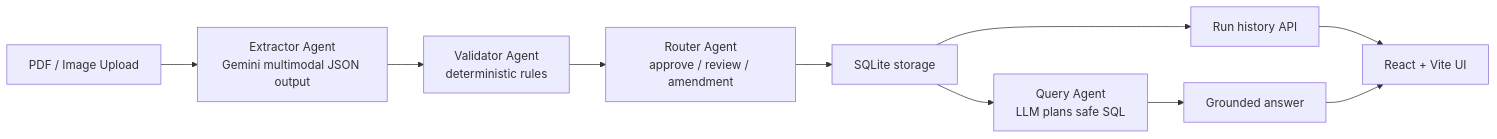
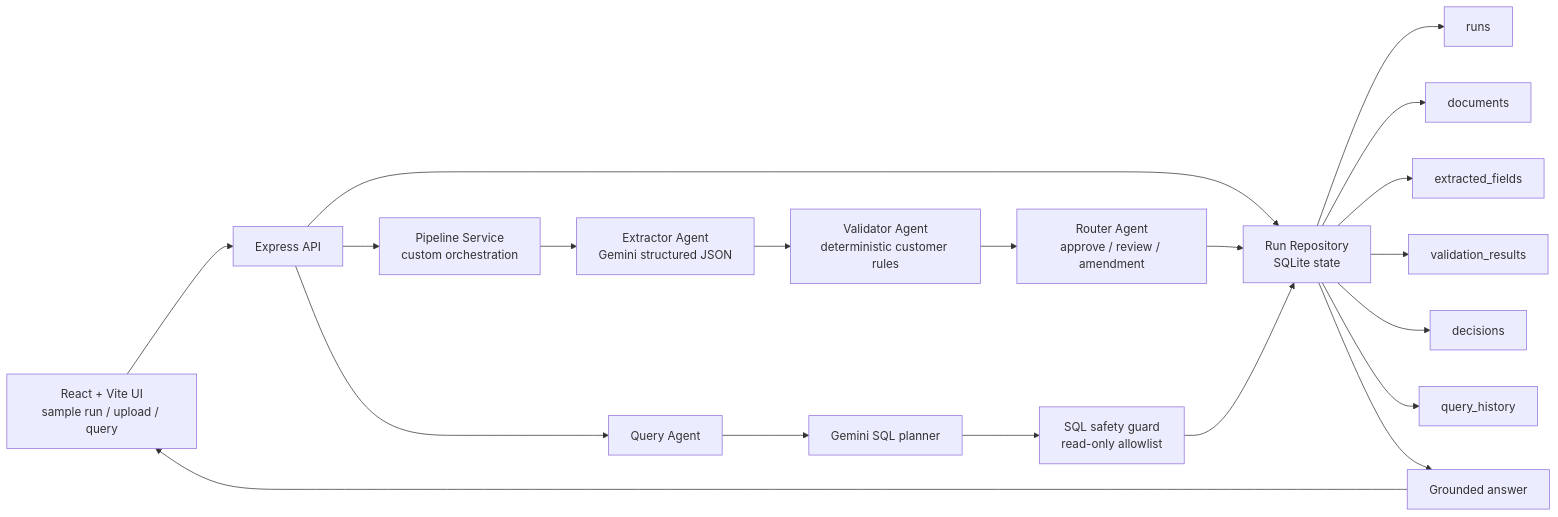
The diagram in docs/TECHNICAL_WRITEUP.md (Shriyash1234/document-workflow-agent), drawn with Mermaid before and after one commit. The commit also changed other lines of this file and 11 other files, not shown here.

````diff
--- a/docs/TECHNICAL_WRITEUP.md
+++ b/docs/TECHNICAL_WRITEUP.md
@@ -9,12 +7,25 @@
 ```mermaid
 flowchart LR
-    A["PDF / Image Upload"] --> B["Extractor Agent<br/>Gemini multimodal JSON output"]
-    B --> C["Validator Agent<br/>deterministic rules"]
-    C --> D["Router Agent<br/>approve / review / amendment"]
-    D --> E["SQLite storage"]
-    E --> F["Run history API"]
-    E --> G["Query Agent<br/>LLM plans safe SQL"]
-    G --> H["Grounded answer"]
-    F --> I["React + Vite UI"]
-    H --> I
+    A["React + Vite UI<br/>sample run / upload / query"] --> B["Express API"]
+
+    B --> C["Run Repository<br/>SQLite state"]
+    C --> C1["runs"]
+    C --> C2["documents"]
+    C --> C3["extracted_fields"]
+    C --> C4["validation_results"]
+    C --> C5["decisions"]
+    C --> C6["query_history"]
+
+    B --> D["Pipeline Service<br/>custom orchestration"]
+    D --> E["Extractor Agent<br/>Gemini structured JSON"]
+    E --> F["Validator Agent<br/>deterministic customer rules"]
+    F --> G["Router Agent<br/>approve / review / amendment"]
+    G --> C
+
+    B --> H["Query Agent"]
+    H --> I["Gemini SQL planner"]
+    I --> J["SQL safety guard<br/>read-only allowlist"]
+    J --> C
+    C --> K["Grounded answer"]
+    K --> A
 ```
````
